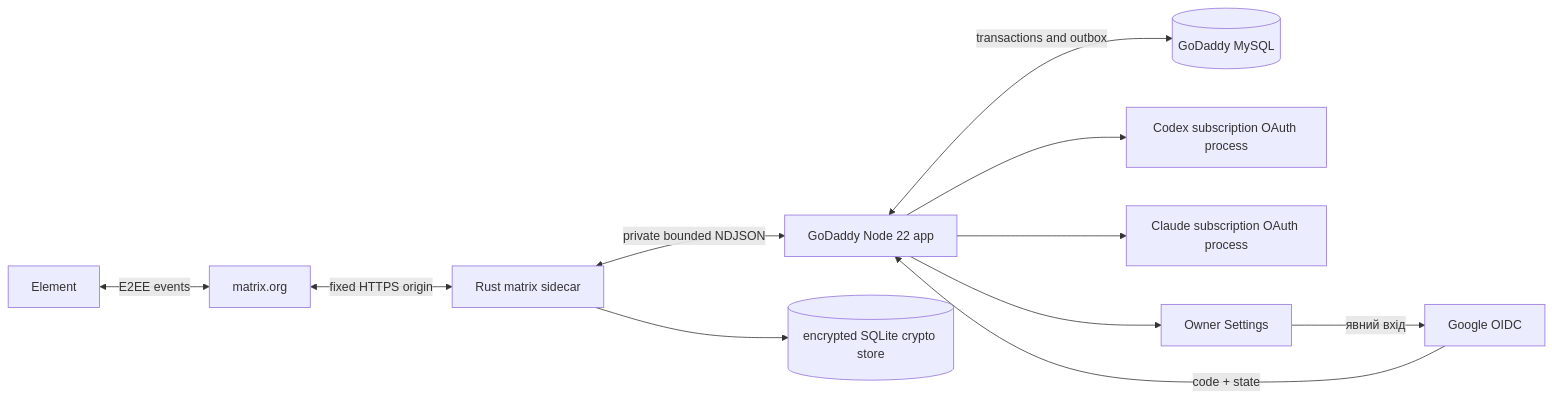
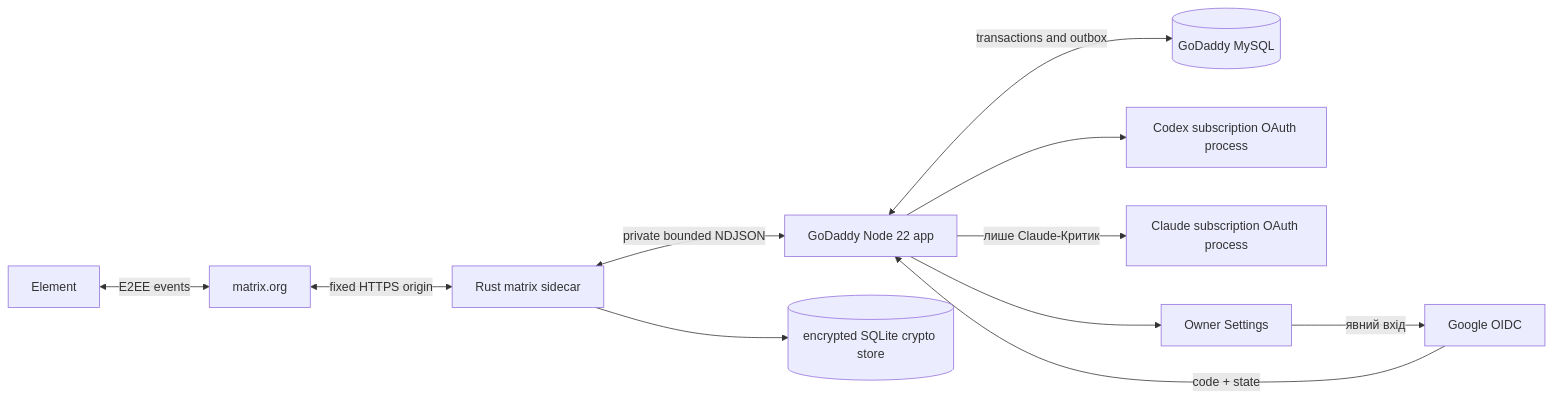
Before and after one commit to Ingwarski/personal-ai-consulting-group-godaddy: the diagram in docs/architecture.md, drawn with Mermaid. The commit also changed other lines of this file and 13 other files, not shown here.

````diff
--- a/docs/architecture.md
+++ b/docs/architecture.md
@@ -59,13 +61,13 @@
 ```mermaid
 flowchart LR
     E[Element] <-->|E2EE events| M[matrix.org]
     M <-->|fixed HTTPS origin| R[Rust matrix sidecar]
     R <-->|private bounded NDJSON| N[GoDaddy Node 22 app]
     N <-->|transactions and outbox| D[(GoDaddy MySQL)]
     N --> C[Codex subscription OAuth process]
-    N --> A[Claude subscription OAuth process]
+    N -->|лише Claude-Критик| A[Claude subscription OAuth process]
     N --> S[Owner Settings]
     S -->|явний вхід| G[Google OIDC]
     G -->|code + state| N
     R --> Q[(encrypted SQLite crypto store)]
 ```
````
